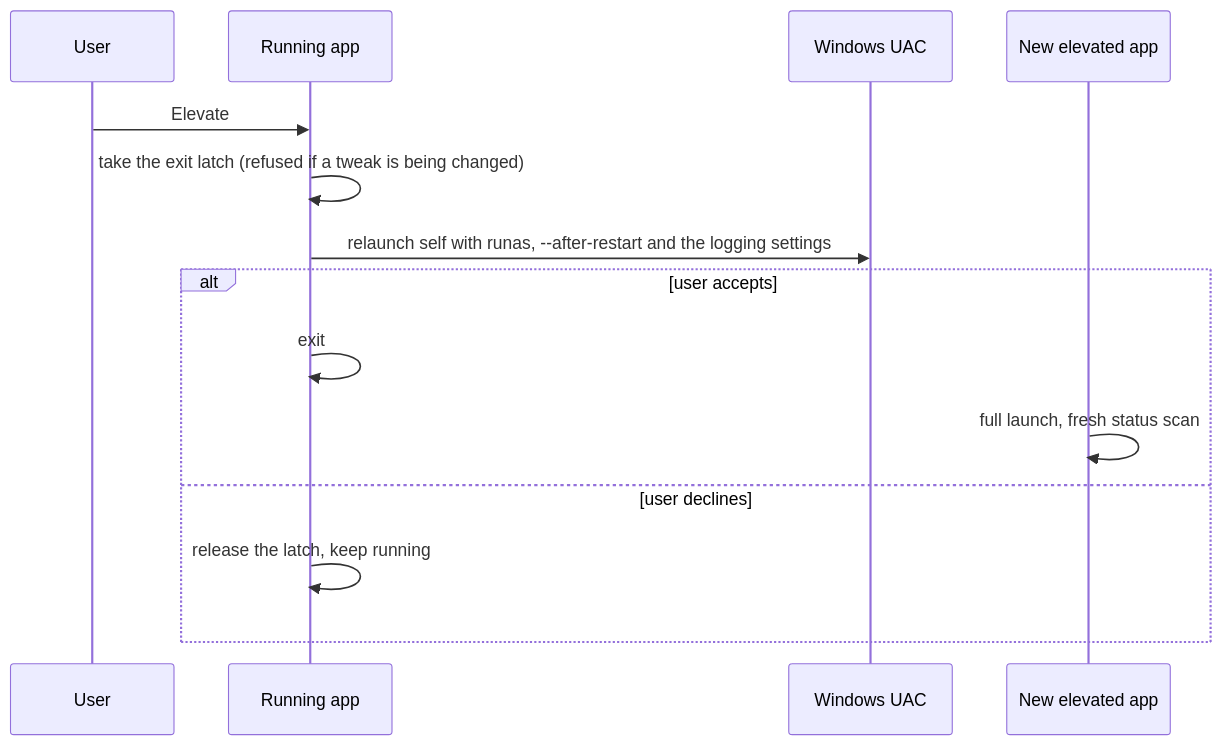
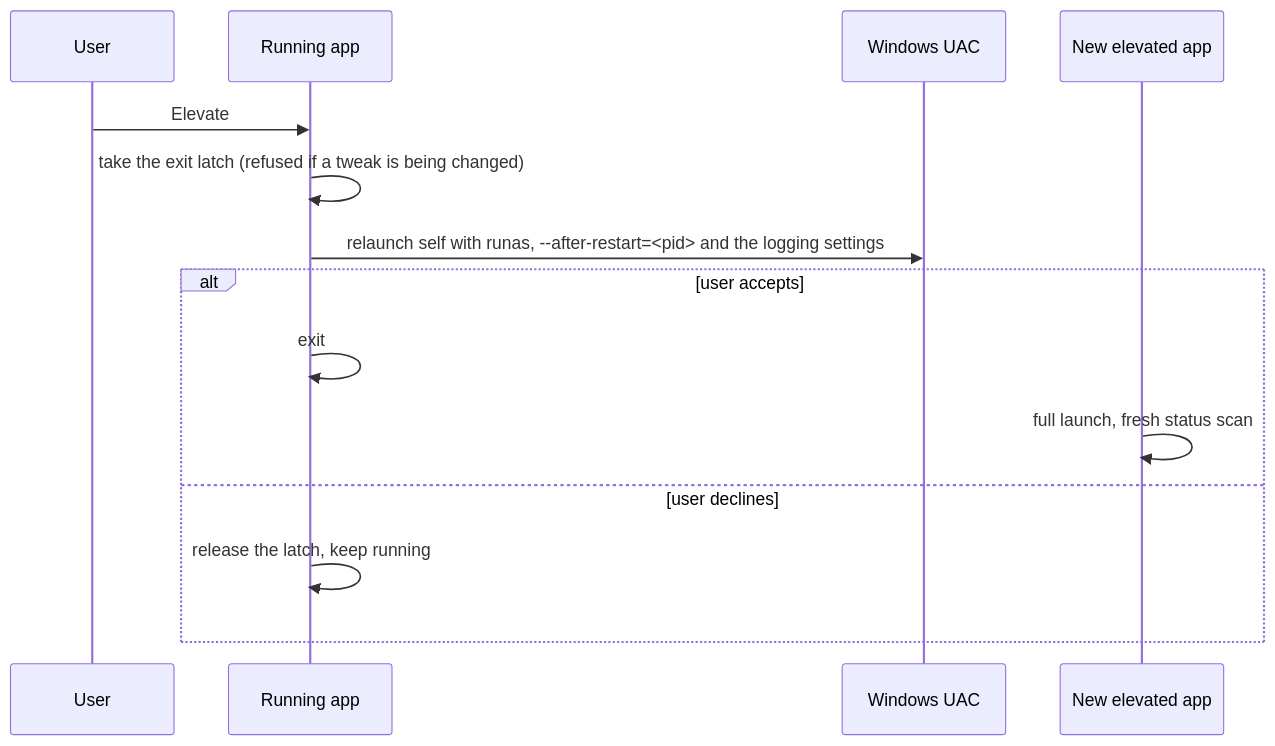
Before and after one commit to ehsan18t/magicx-toolbox-gui: the first of 2 diagrams in docs/architecture/tweak/elevation.md, drawn with Mermaid. The commit also changed other lines of this file and 245 other files, not shown here.

````diff
--- a/docs/architecture/tweak/elevation.md
+++ b/docs/architecture/tweak/elevation.md
@@ -28,16 +28,16 @@
 ```mermaid
 sequenceDiagram
   participant U as User
   participant App as Running app
   participant UAC as Windows UAC
   participant New as New elevated app
   U->>App: Elevate
   App->>App: take the exit latch (refused if a tweak is being changed)
-  App->>UAC: relaunch self with runas, --after-restart and the logging settings
+  App->>UAC: relaunch self with runas, --after-restart=<pid> and the logging settings
   alt user accepts
     App->>App: exit
     New->>New: full launch, fresh status scan
   else user declines
     App->>App: release the latch, keep running
   end
 ```
````
